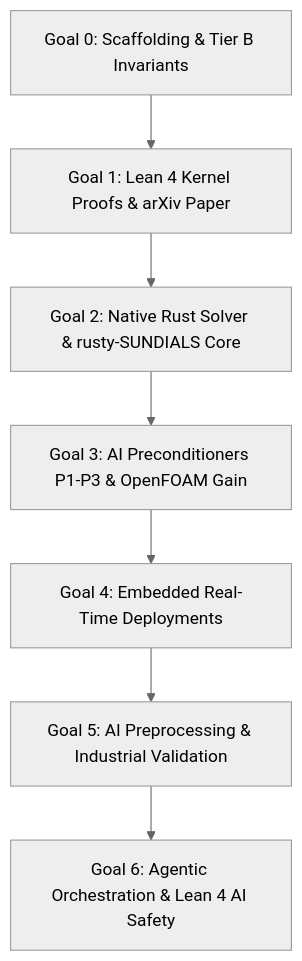
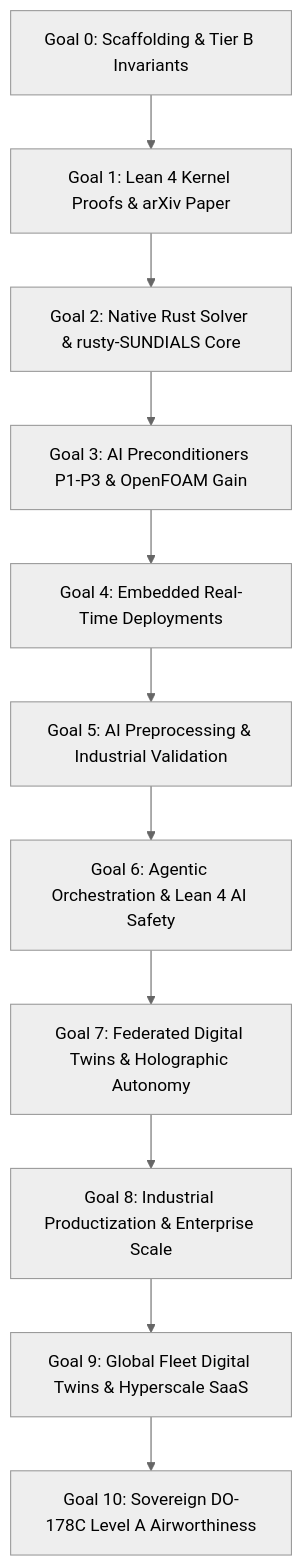
One commit to xaviercallens/SocrateAI-Numeric-DualScale-Solver changed the diagram in GOALS.md. Above: the diagram before and after it, drawn with Mermaid (neutral theme). The commit also changed other lines of this file and 64 other files, not shown here.

````diff
--- a/GOALS.md
+++ b/GOALS.md
@@ -21,9 +21,13 @@
 ```mermaid
 graph TD
     G0[Goal 0: Scaffolding & Tier B Invariants] --> G1[Goal 1: Lean 4 Kernel Proofs & arXiv Paper]
     G1 --> G2[Goal 2: Native Rust Solver & rusty-SUNDIALS Core]
     G2 --> G3[Goal 3: AI Preconditioners P1-P3 & OpenFOAM Gain]
     G3 --> G4[Goal 4: Embedded Real-Time Deployments]
     G4 --> G5[Goal 5: AI Preprocessing & Industrial Validation]
     G5 --> G6[Goal 6: Agentic Orchestration & Lean 4 AI Safety]
+    G6 --> G7[Goal 7: Federated Digital Twins & Holographic Autonomy]
+    G7 --> G8[Goal 8: Industrial Productization & Enterprise Scale]
+    G8 --> G9[Goal 9: Global Fleet Digital Twins & Hyperscale SaaS]
+    G9 --> G10[Goal 10: Sovereign DO-178C Level A Airworthiness]
 ```
````
